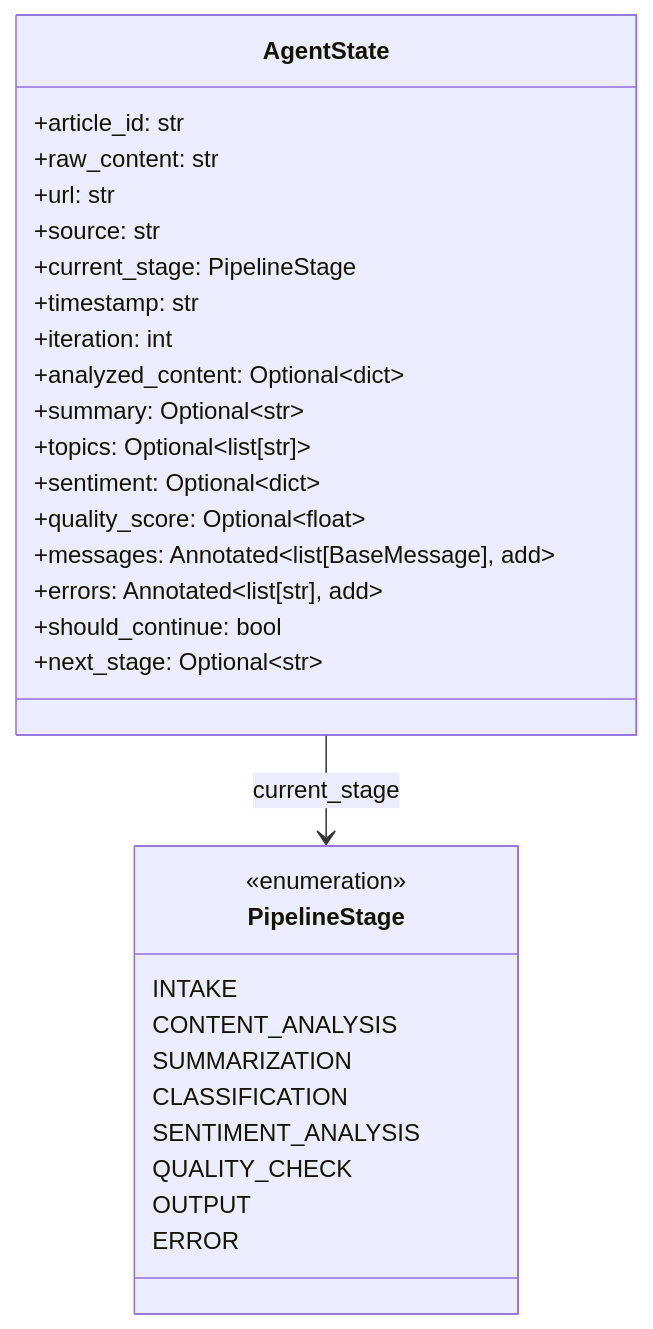
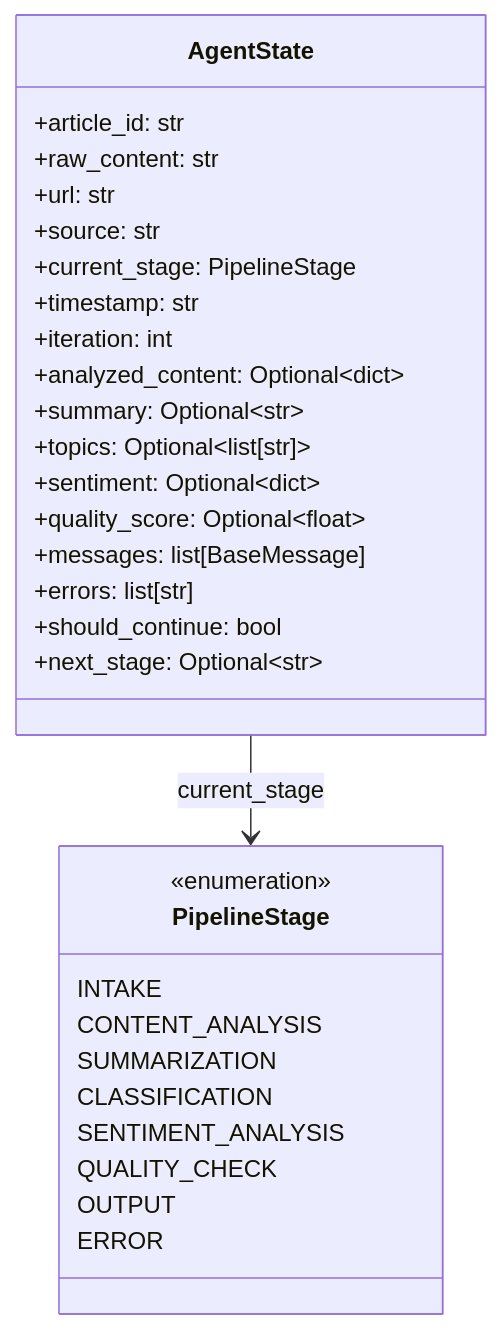
Before and after one commit to hoangsonww/AI-Gov-Content-Curator: diagram 11 of 21 in AGENTIC-AI.md, drawn with Mermaid. The commit also changed other lines of this file and 7 other files, not shown here.

````diff
--- a/AGENTIC-AI.md
+++ b/AGENTIC-AI.md
@@ -480,35 +500,35 @@
 ```mermaid
 classDiagram
     class AgentState {
         +article_id: str
         +raw_content: str
         +url: str
         +source: str
         +current_stage: PipelineStage
         +timestamp: str
         +iteration: int
         +analyzed_content: Optional~dict~
         +summary: Optional~str~
         +topics: Optional~list[str]~
         +sentiment: Optional~dict~
         +quality_score: Optional~float~
-        +messages: Annotated~list[BaseMessage], add~
-        +errors: Annotated~list[str], add~
+        +messages: list[BaseMessage]
+        +errors: list[str]
         +should_continue: bool
         +next_stage: Optional~str~
     }
 
     class PipelineStage {
         <<enumeration>>
         INTAKE
         CONTENT_ANALYSIS
         SUMMARIZATION
         CLASSIFICATION
         SENTIMENT_ANALYSIS
         QUALITY_CHECK
         OUTPUT
         ERROR
     }
 
     AgentState --> PipelineStage : current_stage
 ```
````
